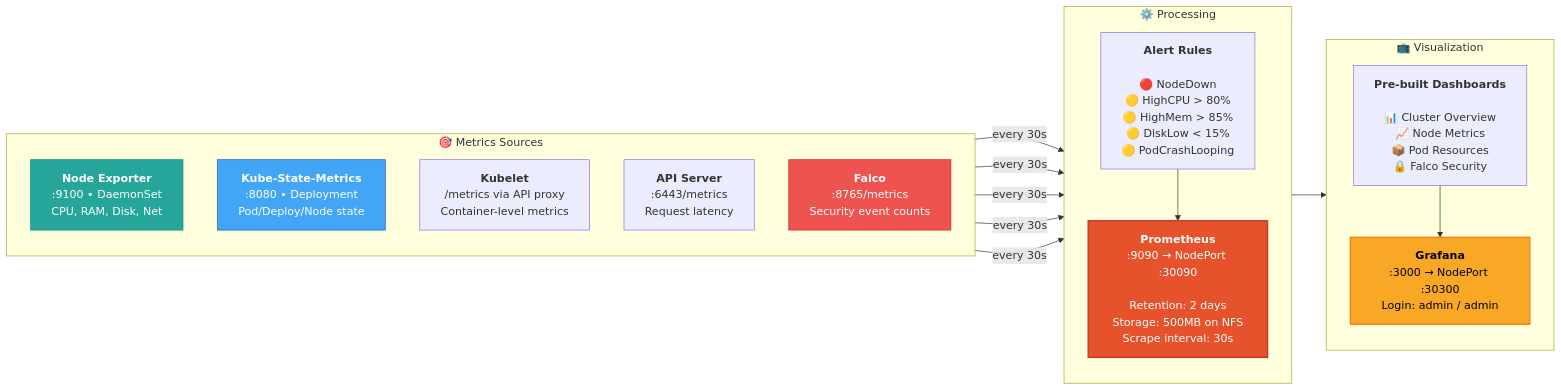
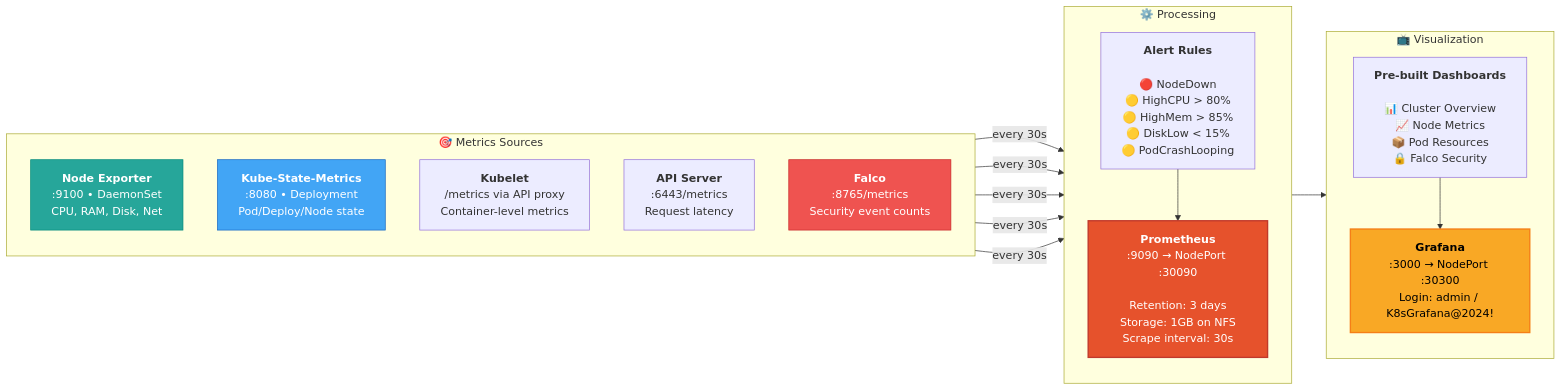
The third of 6 diagrams in README.md (Electrov201/Kubernetes_Cdac_Project), drawn with Mermaid before and after one commit. The commit also changed other lines of this file and 20 other files, not shown here.

````diff
--- a/README.md
+++ b/README.md
@@ -231,39 +234,39 @@
 ```mermaid
 graph LR
     subgraph TARGETS["🎯 Metrics Sources"]
         direction TB
         NE["<b>Node Exporter</b>\n:9100 • DaemonSet\nCPU, RAM, Disk, Net"]
         KSM["<b>Kube-State-Metrics</b>\n:8080 • Deployment\nPod/Deploy/Node state"]
         KUBELET["<b>Kubelet</b>\n/metrics via API proxy\nContainer-level metrics"]
         APISVR["<b>API Server</b>\n:6443/metrics\nRequest latency"]
         FALCO_M["<b>Falco</b>\n:8765/metrics\nSecurity event counts"]
     end
 
     subgraph ENGINE["⚙️ Processing"]
         direction TB
-        PROM["<b>Prometheus</b>\n:9090 → NodePort :30090\n\nRetention: 2 days\nStorage: 500MB on NFS\nScrape interval: 30s"]
+        PROM["<b>Prometheus</b>\n:9090 → NodePort :30090\n\nRetention: 3 days\nStorage: 1GB on NFS\nScrape interval: 30s"]
         ALERTS["<b>Alert Rules</b>\n\n🔴 NodeDown\n🟡 HighCPU > 80%\n🟡 HighMem > 85%\n🟡 DiskLow < 15%\n🟡 PodCrashLooping"]
     end
 
     subgraph VISUAL["📺 Visualization"]
         direction TB
-        GRAF["<b>Grafana</b>\n:3000 → NodePort :30300\nLogin: admin / admin"]
+        GRAF["<b>Grafana</b>\n:3000 → NodePort :30300\nLogin: admin / K8sGrafana@2024!"]
         DASH["<b>Pre-built Dashboards</b>\n\n📊 Cluster Overview\n📈 Node Metrics\n📦 Pod Resources\n🔒 Falco Security"]
     end
 
     NE -->|"every 30s"| PROM
     KSM -->|"every 30s"| PROM
     KUBELET -->|"every 30s"| PROM
     APISVR -->|"every 30s"| PROM
     FALCO_M -->|"every 30s"| PROM
 
     ALERTS --> PROM
     PROM --> GRAF
     DASH --> GRAF
 
     style PROM fill:#e6522c,stroke:#c0392b,color:#fff,stroke-width:2px
     style GRAF fill:#f9a825,stroke:#f57f17,color:#000,stroke-width:2px
     style NE fill:#26a69a,stroke:#00897b,color:#fff
     style KSM fill:#42a5f5,stroke:#1565c0,color:#fff
     style FALCO_M fill:#ef5350,stroke:#c62828,color:#fff
 ```
````
